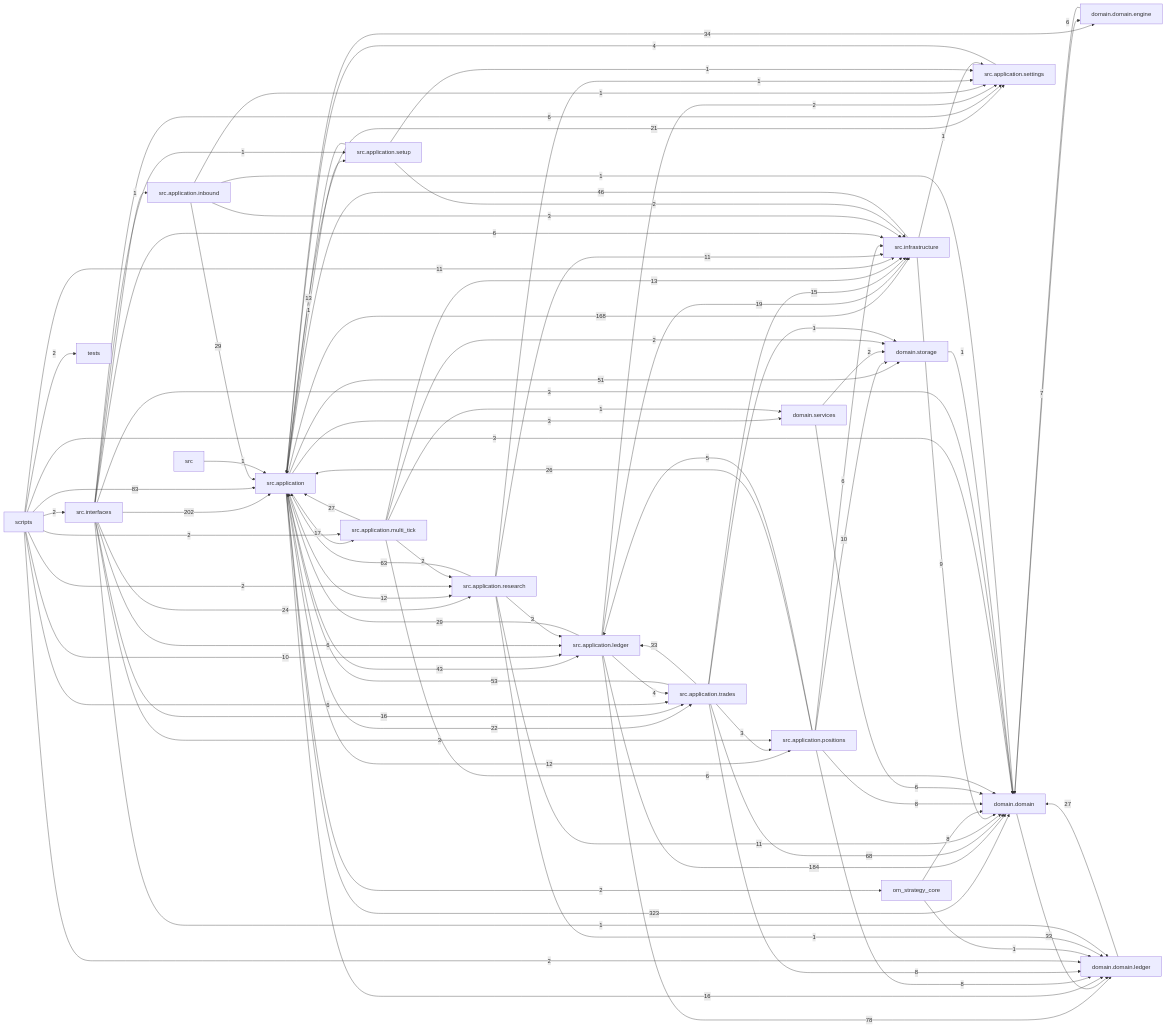
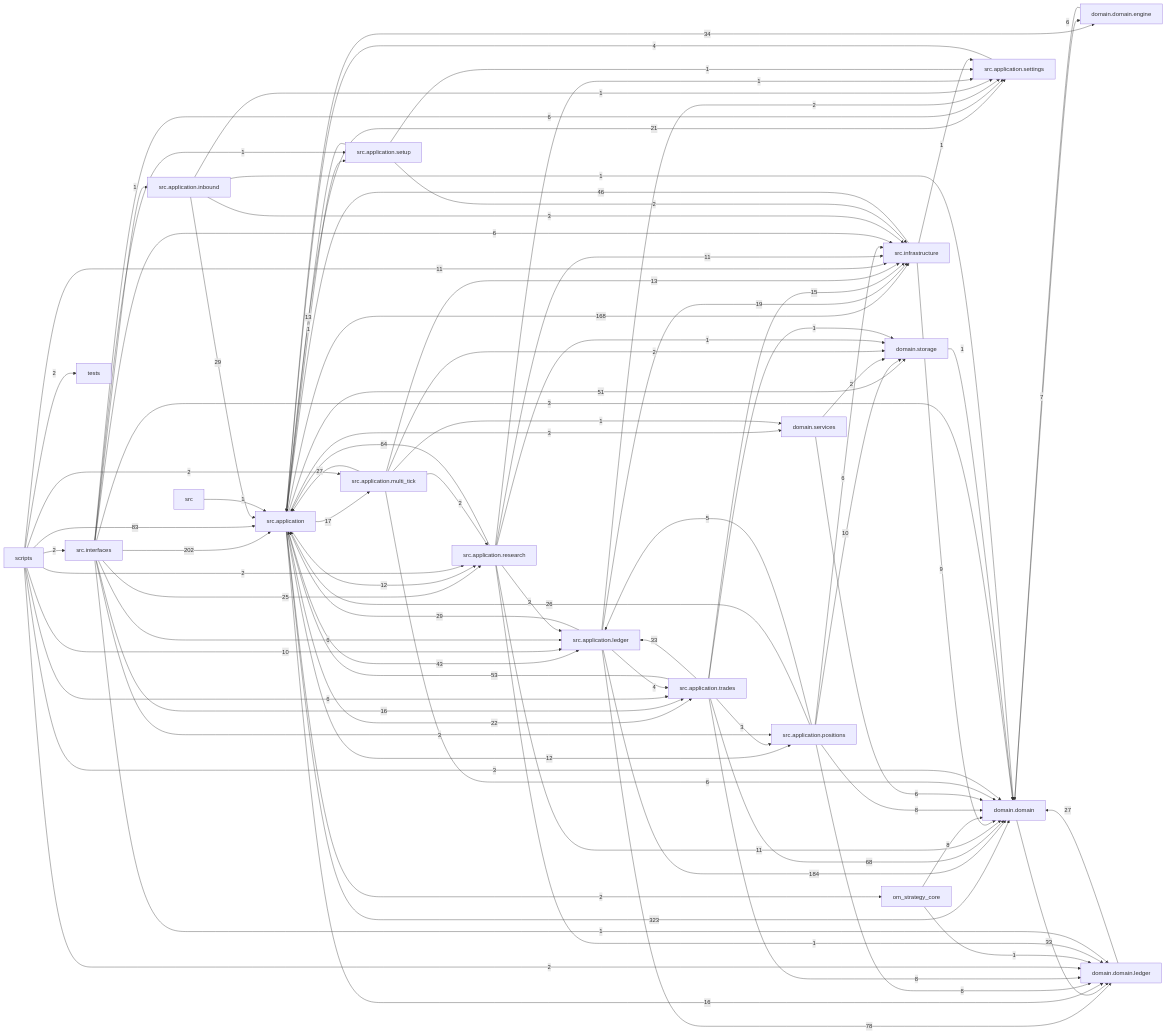
The diagram in docs/dependency_graph.mmd (liuxie066/options-monitor), drawn with Mermaid before and after one commit. The commit also changed 7 other files, not shown here.

```diff
--- a/docs/dependency_graph.mmd
+++ b/docs/dependency_graph.mmd
@@ -1,88 +1,89 @@
 flowchart LR
   src_application["src.application"] -->|323| domain_domain["domain.domain"]
   src_interfaces["src.interfaces"] -->|202| src_application["src.application"]
   src_application_ledger["src.application.ledger"] -->|184| domain_domain["domain.domain"]
   src_application["src.application"] -->|168| src_infrastructure["src.infrastructure"]
   scripts["scripts"] -->|83| src_application["src.application"]
   src_application_ledger["src.application.ledger"] -->|78| domain_domain_ledger["domain.domain.ledger"]
   src_application_trades["src.application.trades"] -->|68| domain_domain["domain.domain"]
-  src_application_research["src.application.research"] -->|63| src_application["src.application"]
+  src_application_research["src.application.research"] -->|64| src_application["src.application"]
   src_application_trades["src.application.trades"] -->|53| src_application["src.application"]
   src_application["src.application"] -->|51| domain_storage["domain.storage"]
   src_infrastructure["src.infrastructure"] -->|46| src_application["src.application"]
   src_application["src.application"] -->|43| src_application_ledger["src.application.ledger"]
   src_application["src.application"] -->|34| domain_domain_engine["domain.domain.engine"]
   domain_domain["domain.domain"] -->|33| domain_domain_ledger["domain.domain.ledger"]
   src_application_trades["src.application.trades"] -->|33| src_application_ledger["src.application.ledger"]
   src_application_inbound["src.application.inbound"] -->|29| src_application["src.application"]
   src_application_ledger["src.application.ledger"] -->|29| src_application["src.application"]
   domain_domain_ledger["domain.domain.ledger"] -->|27| domain_domain["domain.domain"]
   src_application_multi_tick["src.application.multi_tick"] -->|27| src_application["src.application"]
   src_application_positions["src.application.positions"] -->|26| src_application["src.application"]
-  src_interfaces["src.interfaces"] -->|24| src_application_research["src.application.research"]
+  src_interfaces["src.interfaces"] -->|25| src_application_research["src.application.research"]
   src_application["src.application"] -->|22| src_application_trades["src.application.trades"]
   src_application["src.application"] -->|21| src_application_settings["src.application.settings"]
   src_application_ledger["src.application.ledger"] -->|19| src_infrastructure["src.infrastructure"]
   src_application["src.application"] -->|17| src_application_multi_tick["src.application.multi_tick"]
   src_application["src.application"] -->|16| domain_domain_ledger["domain.domain.ledger"]
   src_interfaces["src.interfaces"] -->|16| src_application_trades["src.application.trades"]
   src_application_trades["src.application.trades"] -->|15| src_infrastructure["src.infrastructure"]
   src_application_multi_tick["src.application.multi_tick"] -->|13| src_infrastructure["src.infrastructure"]
   src_application_setup["src.application.setup"] -->|13| src_application["src.application"]
   src_application["src.application"] -->|12| src_application_positions["src.application.positions"]
   src_application["src.application"] -->|12| src_application_research["src.application.research"]
   scripts["scripts"] -->|11| src_infrastructure["src.infrastructure"]
   src_application_research["src.application.research"] -->|11| domain_domain["domain.domain"]
   src_application_research["src.application.research"] -->|11| src_infrastructure["src.infrastructure"]
   scripts["scripts"] -->|10| src_application_ledger["src.application.ledger"]
   src_application_positions["src.application.positions"] -->|10| domain_storage["domain.storage"]
   src_infrastructure["src.infrastructure"] -->|9| domain_domain["domain.domain"]
   om_strategy_core["om_strategy_core"] -->|8| domain_domain["domain.domain"]
   src_application_positions["src.application.positions"] -->|8| domain_domain["domain.domain"]
   src_application_positions["src.application.positions"] -->|8| domain_domain_ledger["domain.domain.ledger"]
   src_application_trades["src.application.trades"] -->|8| domain_domain_ledger["domain.domain.ledger"]
   domain_domain_engine["domain.domain.engine"] -->|7| domain_domain["domain.domain"]
   domain_domain["domain.domain"] -->|6| domain_domain_engine["domain.domain.engine"]
   domain_services["domain.services"] -->|6| domain_domain["domain.domain"]
   scripts["scripts"] -->|6| src_application_trades["src.application.trades"]
   src_application_multi_tick["src.application.multi_tick"] -->|6| domain_domain["domain.domain"]
   src_application_positions["src.application.positions"] -->|6| src_infrastructure["src.infrastructure"]
   src_interfaces["src.interfaces"] -->|6| src_application_ledger["src.application.ledger"]
   src_interfaces["src.interfaces"] -->|6| src_application_settings["src.application.settings"]
   src_interfaces["src.interfaces"] -->|6| src_infrastructure["src.infrastructure"]
   src_application_positions["src.application.positions"] -->|5| src_application_ledger["src.application.ledger"]
   src_application_ledger["src.application.ledger"] -->|4| src_application_trades["src.application.trades"]
   src_application_settings["src.application.settings"] -->|4| src_application["src.application"]
   scripts["scripts"] -->|3| domain_domain["domain.domain"]
   src_application["src.application"] -->|3| domain_services["domain.services"]
   src_application_inbound["src.application.inbound"] -->|3| src_infrastructure["src.infrastructure"]
   src_application_research["src.application.research"] -->|3| src_application_ledger["src.application.ledger"]
   src_application_trades["src.application.trades"] -->|3| src_application_positions["src.application.positions"]
   src_interfaces["src.interfaces"] -->|3| domain_domain["domain.domain"]
   src_interfaces["src.interfaces"] -->|3| src_application_positions["src.application.positions"]
   domain_services["domain.services"] -->|2| domain_storage["domain.storage"]
   scripts["scripts"] -->|2| domain_domain_ledger["domain.domain.ledger"]
   scripts["scripts"] -->|2| src_application_multi_tick["src.application.multi_tick"]
   scripts["scripts"] -->|2| src_application_research["src.application.research"]
   scripts["scripts"] -->|2| src_interfaces["src.interfaces"]
   scripts["scripts"] -->|2| tests["tests"]
   src_application["src.application"] -->|2| om_strategy_core["om_strategy_core"]
   src_application_ledger["src.application.ledger"] -->|2| src_application_settings["src.application.settings"]
   src_application_multi_tick["src.application.multi_tick"] -->|2| domain_storage["domain.storage"]
   src_application_multi_tick["src.application.multi_tick"] -->|2| src_application_research["src.application.research"]
   src_application_setup["src.application.setup"] -->|2| src_infrastructure["src.infrastructure"]
   domain_storage["domain.storage"] -->|1| domain_domain["domain.domain"]
   om_strategy_core["om_strategy_core"] -->|1| domain_domain_ledger["domain.domain.ledger"]
   src["src"] -->|1| src_application["src.application"]
   src_application["src.application"] -->|1| src_application_setup["src.application.setup"]
   src_application_inbound["src.application.inbound"] -->|1| domain_domain["domain.domain"]
   src_application_inbound["src.application.inbound"] -->|1| src_application_settings["src.application.settings"]
   src_application_multi_tick["src.application.multi_tick"] -->|1| domain_services["domain.services"]
   src_application_research["src.application.research"] -->|1| domain_domain_ledger["domain.domain.ledger"]
+  src_application_research["src.application.research"] -->|1| domain_storage["domain.storage"]
   src_application_research["src.application.research"] -->|1| src_application_settings["src.application.settings"]
   src_application_setup["src.application.setup"] -->|1| src_application_settings["src.application.settings"]
   src_application_trades["src.application.trades"] -->|1| domain_storage["domain.storage"]
   src_infrastructure["src.infrastructure"] -->|1| src_application_settings["src.application.settings"]
   src_interfaces["src.interfaces"] -->|1| domain_domain_ledger["domain.domain.ledger"]
   src_interfaces["src.interfaces"] -->|1| src_application_inbound["src.application.inbound"]
   src_interfaces["src.interfaces"] -->|1| src_application_setup["src.application.setup"]
```
